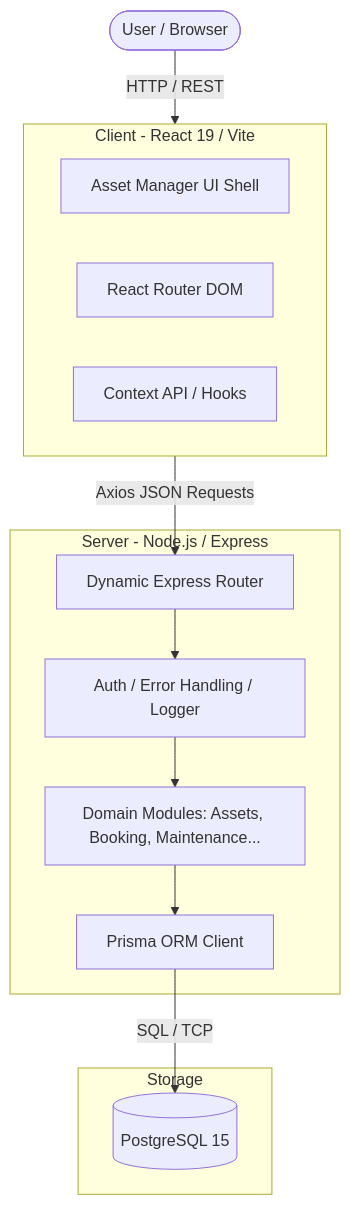
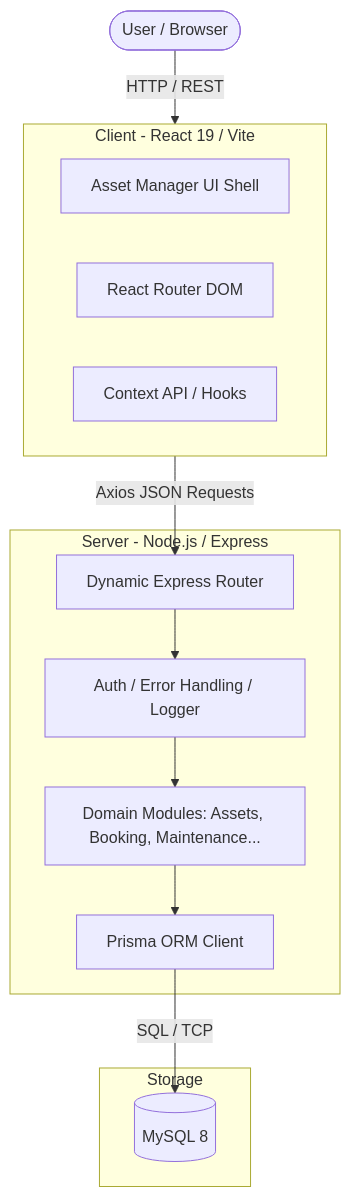
One commit to A-Deepak1610/Odoo-Hackathon changed the diagram in README.md. Above: the diagram before and after it, drawn with Mermaid. The commit also changed other lines of this file, not shown here.

````diff
--- a/README.md
+++ b/README.md
@@ -16,33 +16,33 @@
 ```mermaid
 graph TD
     %% User Interfaces
     User([User / Browser])
     
     %% Frontend Layer
     subgraph Frontend [Client - React 19 / Vite]
         UI[Asset Manager UI Shell]
         Routing[React Router DOM]
         State[Context API / Hooks]
     end
 
     %% Backend Layer
     subgraph Backend [Server - Node.js / Express]
         API[Dynamic Express Router]
         Middleware[Auth / Error Handling / Logger]
         Modules[Domain Modules: Assets, Booking, Maintenance...]
         Prisma[Prisma ORM Client]
     end
 
     %% Database Layer
     subgraph Database [Storage]
-        PostgreSQL[(PostgreSQL 15)]
+        MySQL[(MySQL 8)]
     end
 
     %% Connections
     User -->|HTTP / REST| Frontend
     Frontend -->|Axios JSON Requests| API
     API --> Middleware
     Middleware --> Modules
     Modules --> Prisma
-    Prisma -->|SQL / TCP| PostgreSQL
+    Prisma -->|SQL / TCP| MySQL
 ```
````
